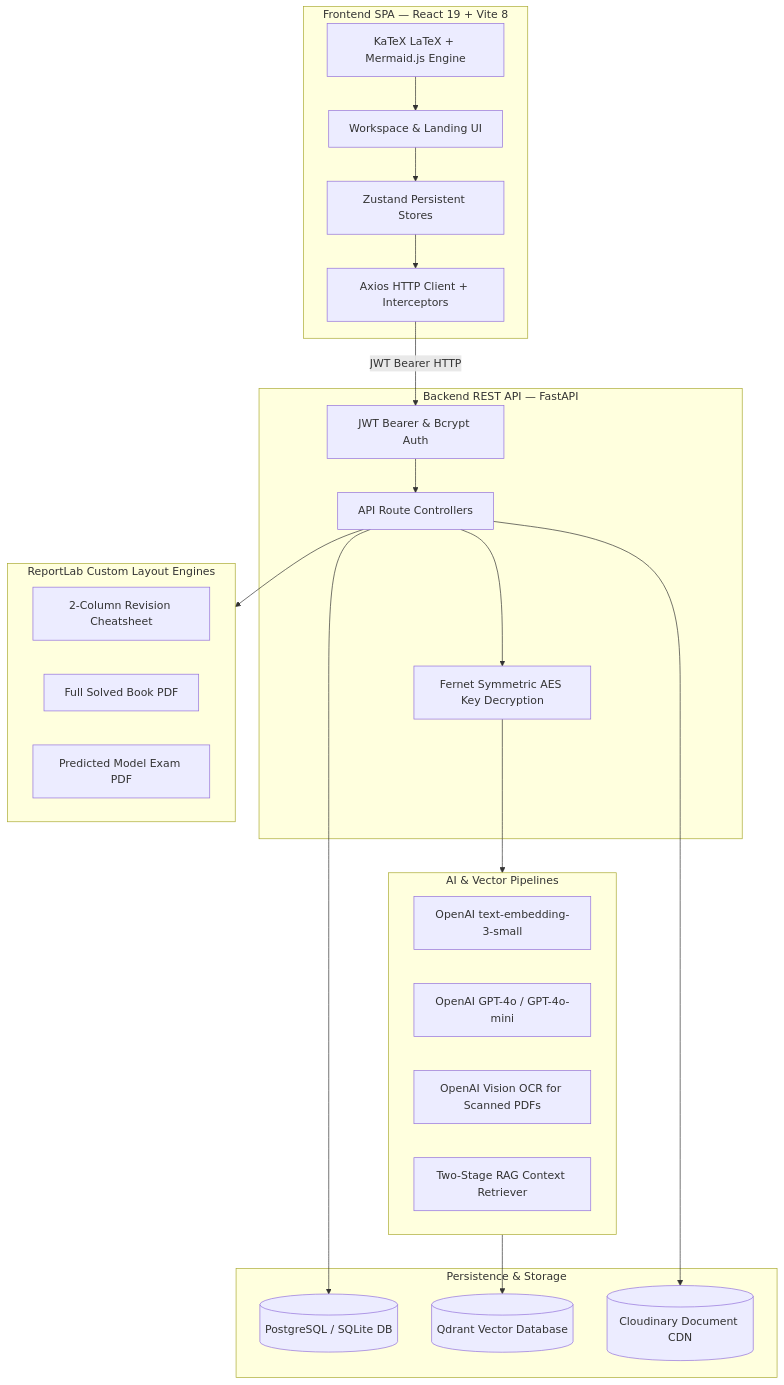
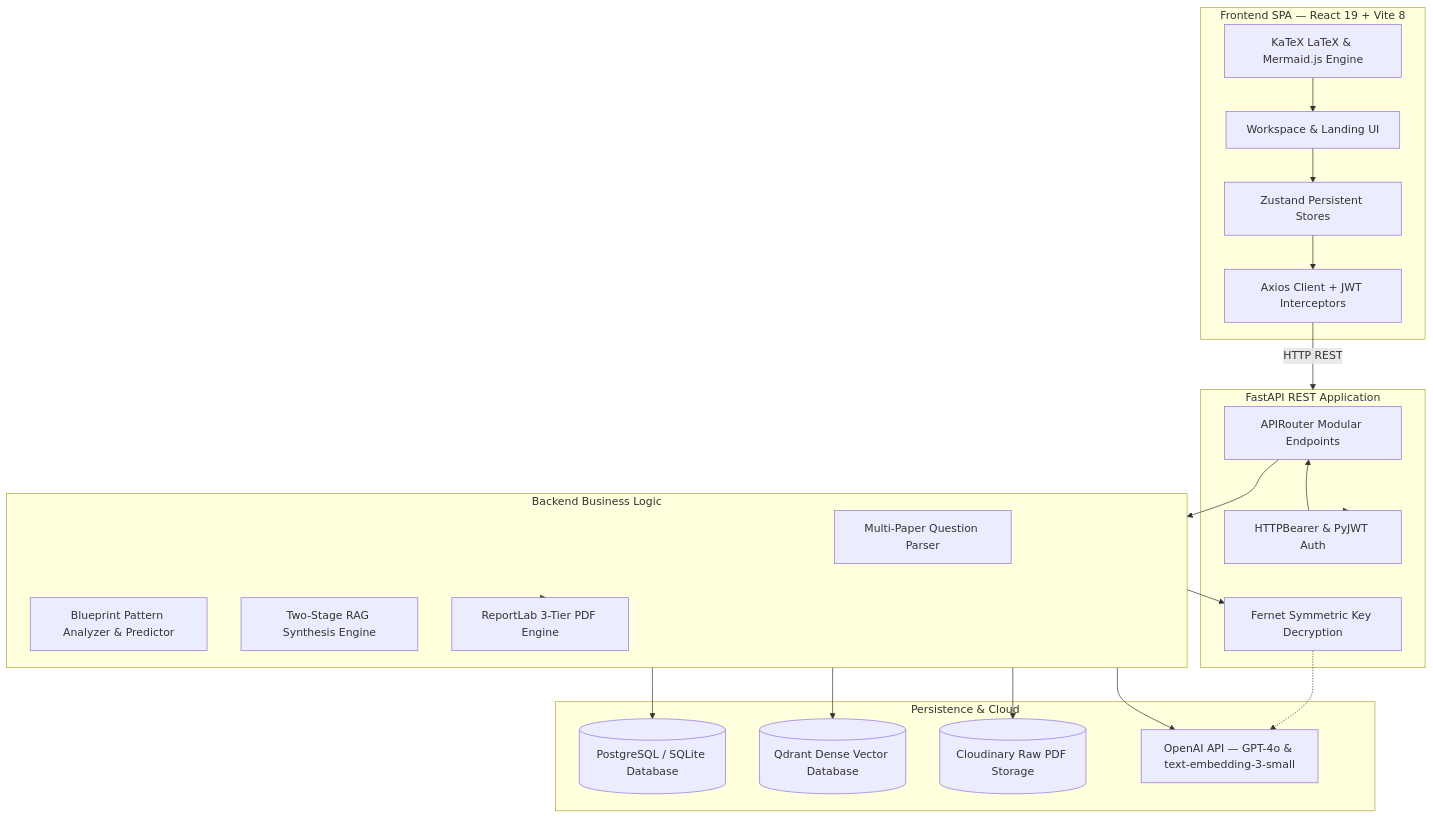
Before and after one commit to kshxaib/AcademicStack: the diagram in README.md, drawn with Mermaid. The commit also changed other lines of this file and 2 other files, not shown here.

````diff
--- a/README.md
+++ b/README.md
@@ -42,43 +53,44 @@
 ```mermaid
 flowchart TB
     subgraph Client [Frontend SPA — React 19 + Vite 8]
         UI[Workspace & Landing UI]
-        State[Zustand Persistent Stores]
-        Render[KaTeX LaTeX + Mermaid.js Engine]
-        Axios[Axios HTTP Client + Interceptors]
+        Stores[Zustand Persistent Stores]
+        MathEngine[KaTeX LaTeX & Mermaid.js Engine]
+        AxiosClient[Axios Client + JWT Interceptors]
     end
 
-    subgraph Server [Backend REST API — FastAPI]
-        Auth[JWT Bearer & Bcrypt Auth]
-        BYOK[Fernet Symmetric AES Key Decryption]
-        Controllers[API Route Controllers]
+    subgraph Gateway [FastAPI REST Application]
+        Router[APIRouter Modular Endpoints]
+        Security[HTTPBearer & PyJWT Auth]
+        Crypt[Fernet Symmetric Key Decryption]
     end
 
-    subgraph AI_Engine [AI & Vector Pipelines]
-        Embeddings[OpenAI text-embedding-3-small]
-        LLM[OpenAI GPT-4o / GPT-4o-mini]
-        Vision[OpenAI Vision OCR for Scanned PDFs]
-        RAG[Two-Stage RAG Context Retriever]
+    subgraph CoreServices [Backend Business Logic]
+        ParserService[Multi-Paper Question Parser]
+        PredictorService[Blueprint Pattern Analyzer & Predictor]
+        RAGService[Two-Stage RAG Synthesis Engine]
+        PDFService[ReportLab 3-Tier PDF Engine]
     end
 
-    subgraph Storage [Persistence & Storage]
-        DB[(PostgreSQL / SQLite DB)]
-        Qdrant[(Qdrant Vector Database)]
-        Cloudinary[(Cloudinary Document CDN)]
+    subgraph ExternalStorage [Persistence & Cloud]
+        DB[(PostgreSQL / SQLite Database)]
+        Qdrant[(Qdrant Dense Vector Database)]
+        Cloudinary[(Cloudinary Raw PDF Storage)]
+        OpenAI[OpenAI API — GPT-4o & text-embedding-3-small]
     end
 
-    subgraph PDF_Engines [ReportLab Custom Layout Engines]
-        CheatPDF[2-Column Revision Cheatsheet]
-        SolvedPDF[Full Solved Book PDF]
-        ExamPDF[Predicted Model Exam PDF]
-    end
-
-    UI --> State --> Axios
-    Axios -- JWT Bearer HTTP --> Auth --> Controllers
-    Controllers --> BYOK --> AI_Engine
-    Controllers --> DB
-    Controllers --> Cloudinary
-    AI_Engine --> Qdrant
-    Controllers --> PDF_Engines
-    Render --> UI
+    UI --> Stores
+    Stores --> AxiosClient
+    MathEngine --> UI
+    AxiosClient -- HTTP REST --> Gateway
+    Gateway --> Security
+    Security --> Router
+    Router --> CoreServices
+    CoreServices --> Crypt
+    Crypt -.-> OpenAI
+    CoreServices --> DB
+    CoreServices --> Qdrant
+    CoreServices --> Cloudinary
+    CoreServices --> OpenAI
+    CoreServices --> PDFService
 ```
````
